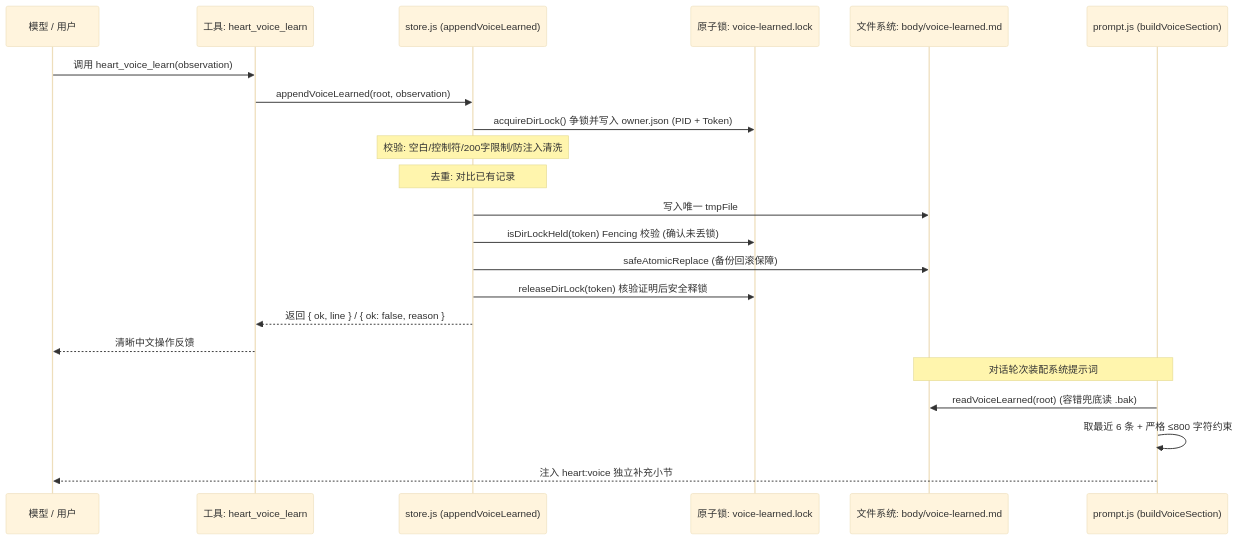
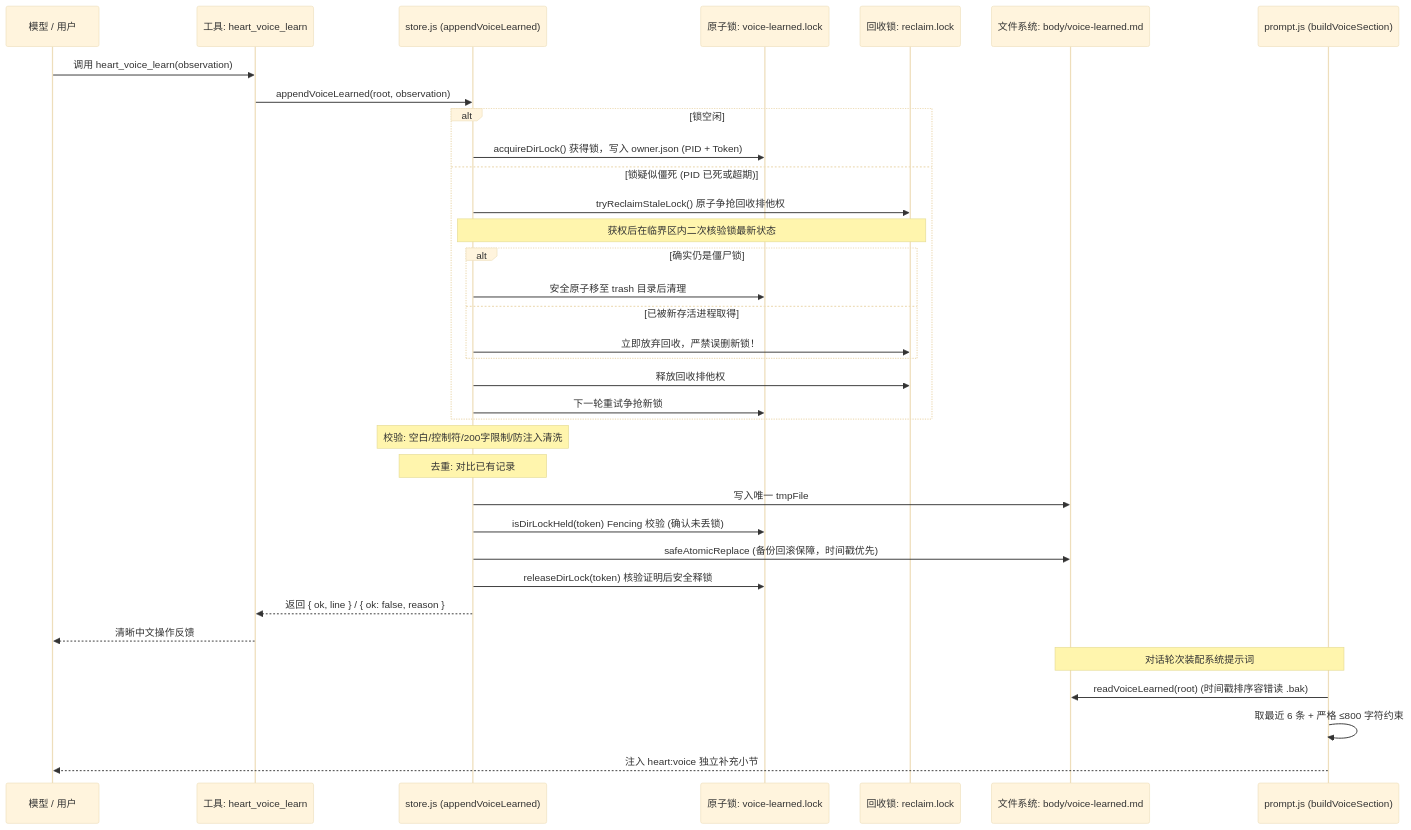
The diagram in docs/step1-voice-evolution-review.md (kirigayakazima/dsh-heart), drawn with Mermaid (base theme) before and after one commit. The commit also changed other lines of this file and 2 other files, not shown here.

Commit message:
fix(voice): 增加原子排他回收锁与二次核验消除TOCTOU竞态，优化多PID备份时间戳排序

````diff
--- a/docs/step1-voice-evolution-review.md
+++ b/docs/step1-voice-evolution-review.md
@@ -34,26 +36,40 @@
 ```mermaid
 sequenceDiagram
     participant Agent as 模型 / 用户
     participant Tool as 工具: heart_voice_learn
     participant Store as store.js (appendVoiceLearned)
     participant Lock as 原子锁: voice-learned.lock
+    participant RecLock as 回收锁: reclaim.lock
     participant FS as 文件系统: body/voice-learned.md
     participant Prompt as prompt.js (buildVoiceSection)
 
     Agent->>Tool: 调用 heart_voice_learn(observation)
     Tool->>Store: appendVoiceLearned(root, observation)
-    Store->>Lock: acquireDirLock() 争锁并写入 owner.json (PID + Token)
+    alt 锁空闲
+        Store->>Lock: acquireDirLock() 获得锁，写入 owner.json (PID + Token)
+    else 锁疑似僵死 (PID 已死或超期)
+        Store->>RecLock: tryReclaimStaleLock() 原子争抢回收排他权
+        Note over Store,RecLock: 获权后在临界区内二次核验锁最新状态
+        alt 确实仍是僵尸锁
+            Store->>Lock: 安全原子移至 trash 目录后清理
+        else 已被新存活进程取得
+            Store->>RecLock: 立即放弃回收，严禁误删新锁！
+        end
+        Store->>RecLock: 释放回收排他权
+        Store->>Lock: 下一轮重试争抢新锁
+    end
+
     Note over Store: 校验: 空白/控制符/200字限制/防注入清洗
     Note over Store: 去重: 对比已有记录
     Store->>FS: 写入唯一 tmpFile
     Store->>Lock: isDirLockHeld(token) Fencing 校验 (确认未丢锁)
-    Store->>FS: safeAtomicReplace (备份回滚保障)
+    Store->>FS: safeAtomicReplace (备份回滚保障，时间戳优先)
     Store->>Lock: releaseDirLock(token) 核验证明后安全释锁
     Store-->>Tool: 返回 { ok, line } / { ok: false, reason }
     Tool-->>Agent: 清晰中文操作反馈
 
     Note over Prompt,FS: 对话轮次装配系统提示词
-    Prompt->>FS: readVoiceLearned(root) (容错兜底读 .bak)
+    Prompt->>FS: readVoiceLearned(root) (时间戳排序容错读 .bak)
     Prompt->>Prompt: 取最近 6 条 + 严格 ≤800 字符约束
     Prompt-->>Agent: 注入 heart:voice 独立补充小节
 ```
````
